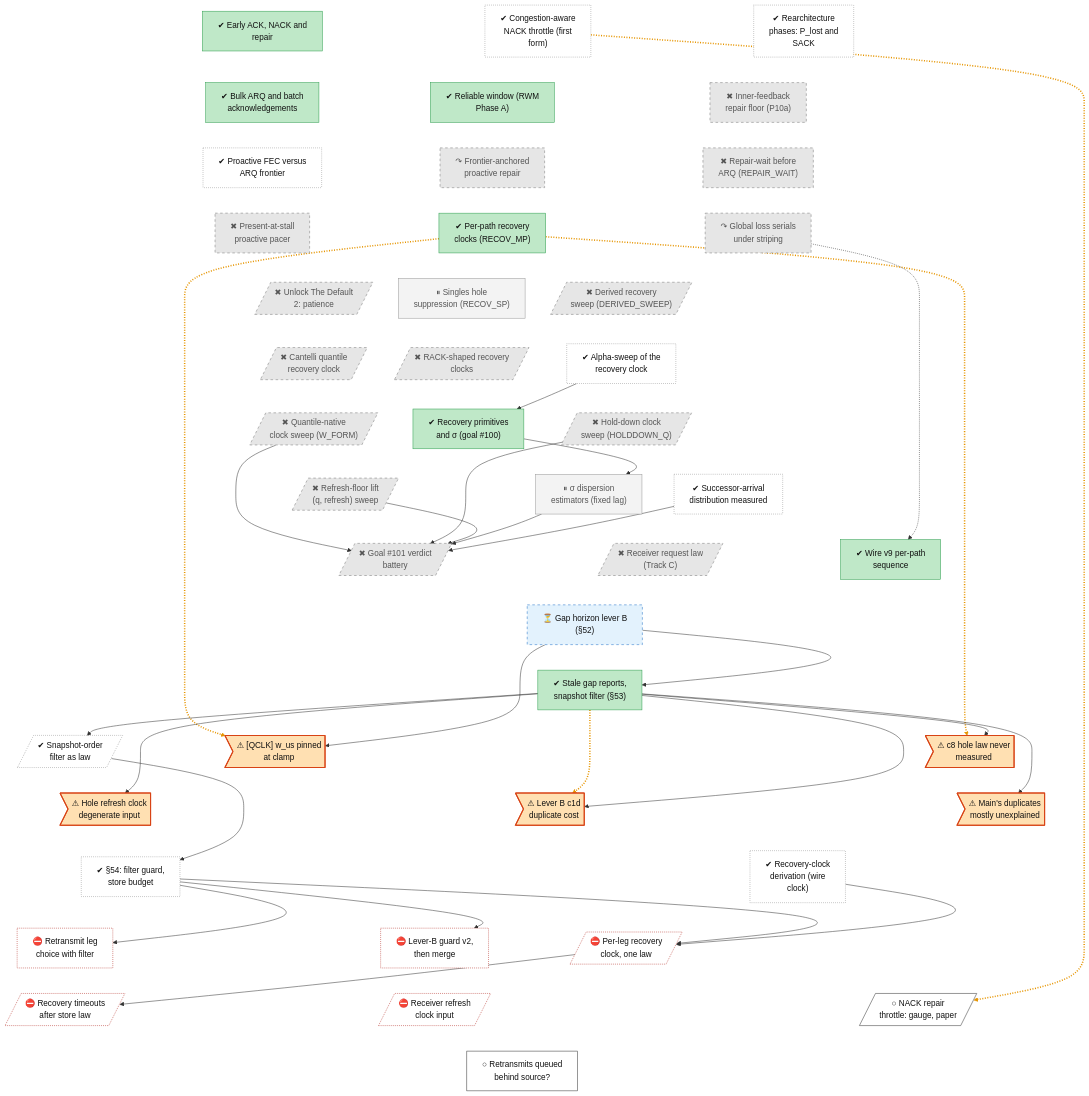
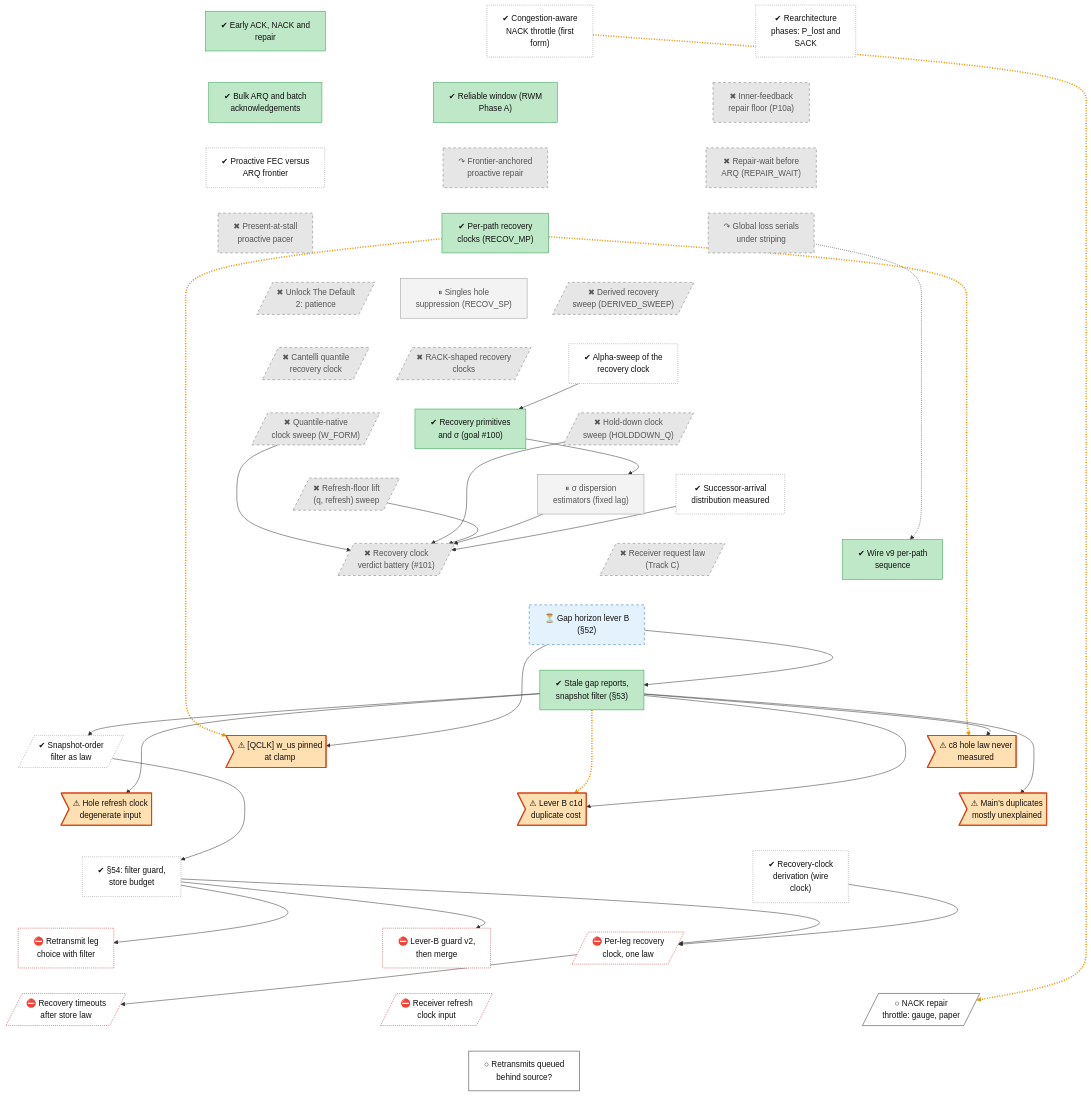
The diagram in docs/roadmap/tracks/rec.md (lhns/raptorpath), drawn with Mermaid before and after one commit. The commit also changed other lines of this file and 8 other files, not shown here.

First line of the commit message:
roadmap: T_cut fix note precise, rate-law reconcile waits on the P_fec oracle, goal #101 title

```diff
--- a/docs/roadmap/tracks/rec.md
+++ b/docs/roadmap/tracks/rec.md
@@ -33,7 +33,7 @@
     rec_refresh_floor[/"✖ Refresh-floor lift<br/>(q, refresh) sweep"/]
     rec_dispersion_est["⏸ σ dispersion<br/>estimators (fixed lag)"]
     rec_successor_arrival["✔ Successor-arrival<br/>distribution measured"]
-    rec_goal101[/"✖ Goal #35;101 verdict<br/>battery"/]
+    rec_goal101[/"✖ Recovery clock<br/>verdict battery (#35;101)"/]
     rec_receiver_law[/"✖ Receiver request law<br/>(Track C)"/]
     rec_wire_v9["✔ Wire v9 per-path<br/>sequence"]
     rec_gap_horizon["⏳ Gap horizon lever B<br/>(#167;52)"]
```
